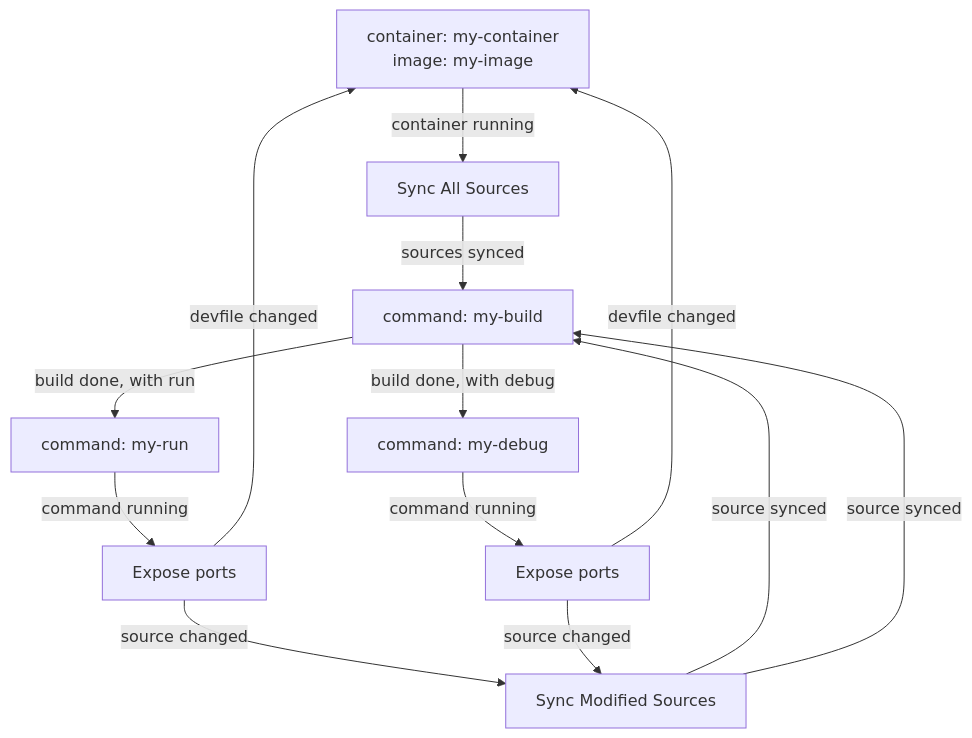
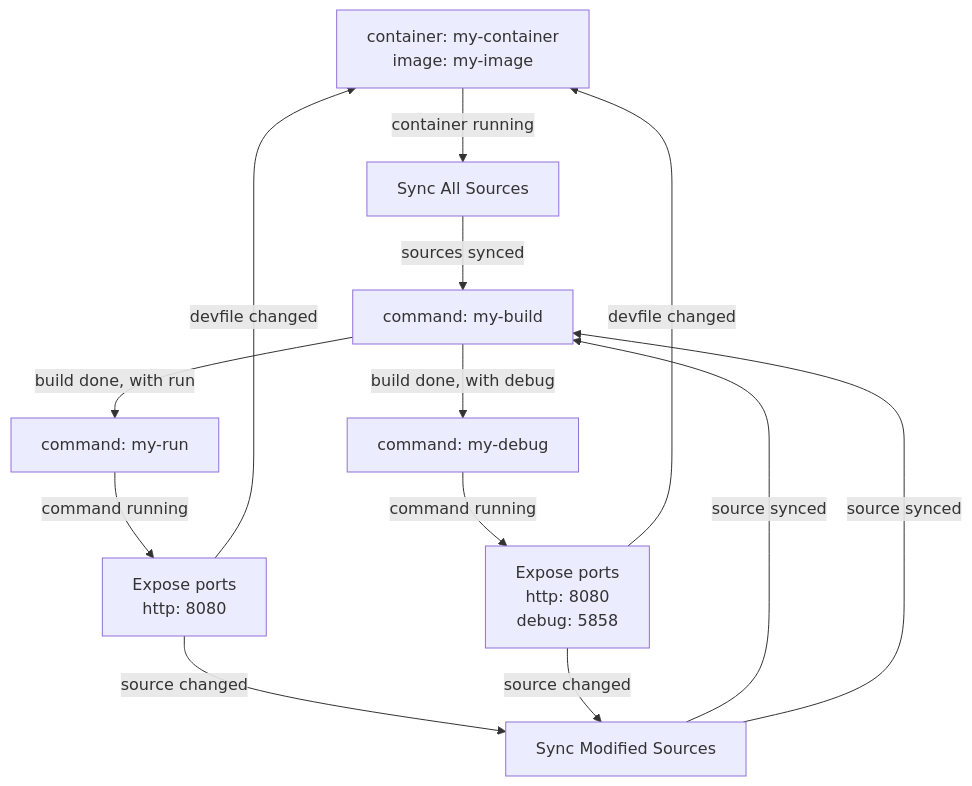
One commit to feloy/devfile-lifecycle changed the diagram in pkg/graph/graphs/container-build-run-debug.md. Above: the diagram before and after it, drawn with Mermaid. The commit also changed 6 other files, not shown here.

````diff
--- a/pkg/graph/graphs/container-build-run-debug.md
+++ b/pkg/graph/graphs/container-build-run-debug.md
@@ -1,23 +1,23 @@
 ```mermaid
 graph TB
 my-container["container: my-container<br/>image: my-image"]
 my-build["command: my-build"]
-my-container-my-debug-expose["Expose ports"]
-my-container-my-run-expose["Expose ports"]
+my-container-my-debug-expose["Expose ports<br/>http: 8080<br/>debug: 5858"]
+my-container-my-run-expose["Expose ports<br/>http: 8080"]
 my-debug["command: my-debug"]
 my-run["command: my-run"]
 sync-all-my-container["Sync All Sources"]
 sync-modified-my-container["Sync Modified Sources"]
 my-container -->|"container running"| sync-all-my-container
 sync-all-my-container -->|"sources synced"| my-build
 my-build -->|"build done, with run"| my-run
 my-run -->|"command running"| my-container-my-run-expose
 my-container-my-run-expose -->|"source changed"| sync-modified-my-container
 sync-modified-my-container -->|"source synced"| my-build
 my-container-my-run-expose -->|"devfile changed"| my-container
 my-build -->|"build done, with debug"| my-debug
 my-debug -->|"command running"| my-container-my-debug-expose
 my-container-my-debug-expose -->|"source changed"| sync-modified-my-container
 sync-modified-my-container -->|"source synced"| my-build
 my-container-my-debug-expose -->|"devfile changed"| my-container
 ```
````
